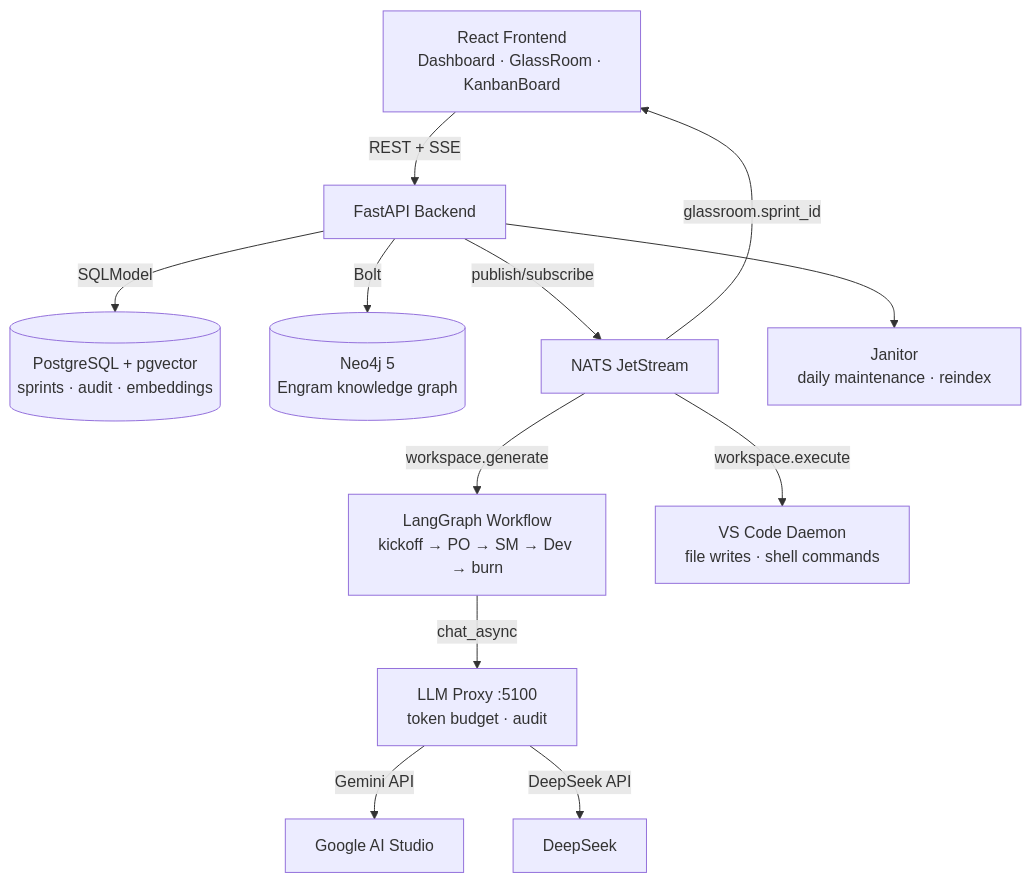
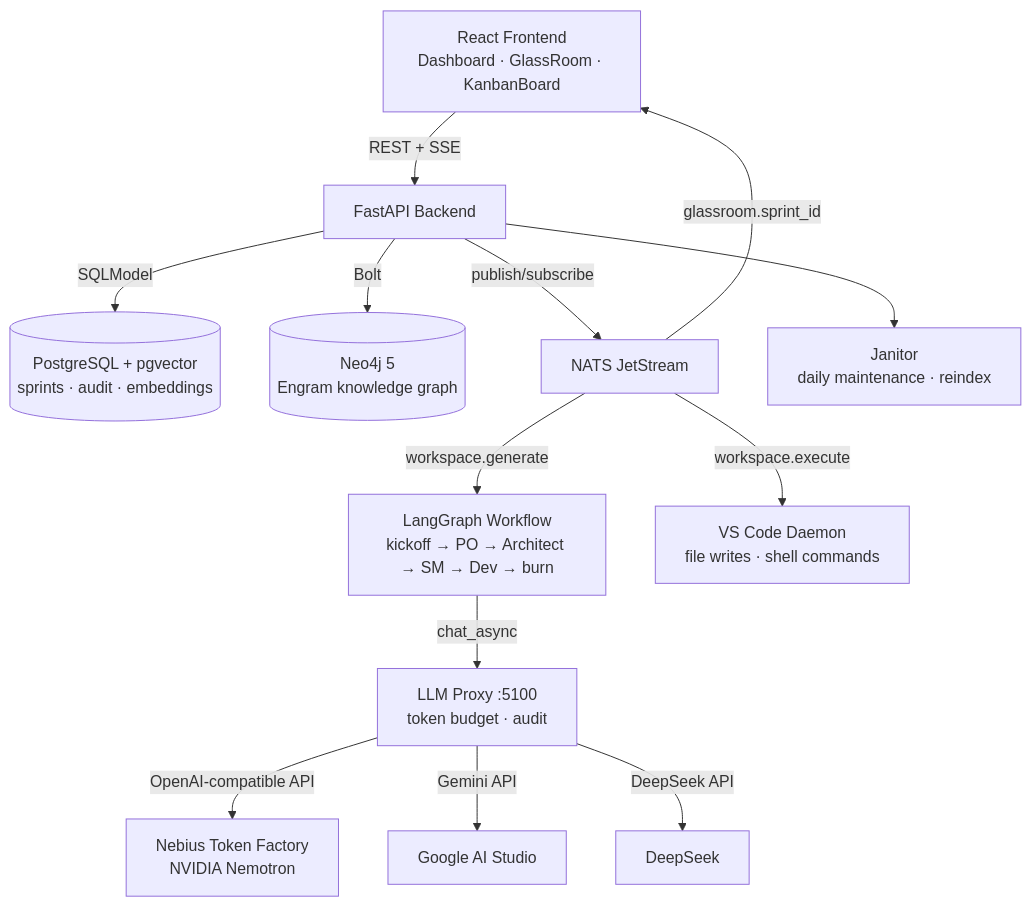
The first of 3 diagrams in la-fabrique/README.md (careb36/la-fabrique), drawn with Mermaid before and after one commit. The commit also changed other lines of this file and 32 other files, not shown here.

````diff
--- a/la-fabrique/README.md
+++ b/la-fabrique/README.md
@@ -129,18 +128,19 @@
 ```mermaid
 graph TD
     A[React Frontend<br/>Dashboard · GlassRoom · KanbanBoard] -->|REST + SSE| B[FastAPI Backend]
 
     B -->|SQLModel| C[(PostgreSQL + pgvector<br/>sprints · audit · embeddings)]
     B -->|Bolt| D[(Neo4j 5<br/>Engram knowledge graph)]
     B -->|publish/subscribe| E[NATS JetStream]
 
-    E -->|workspace.generate| F[LangGraph Workflow<br/>kickoff → PO → SM → Dev → burn]
+    E -->|workspace.generate| F[LangGraph Workflow<br/>kickoff → PO → Architect → SM → Dev → burn]
     E -->|glassroom.sprint_id| A
     E -->|workspace.execute| G[VS Code Daemon<br/>file writes · shell commands]
 
     F -->|chat_async| H[LLM Proxy :5100<br/>token budget · audit]
+    H -->|OpenAI-compatible API| N[Nebius Token Factory<br/>NVIDIA Nemotron]
     H -->|Gemini API| I[Google AI Studio]
     H -->|DeepSeek API| J[DeepSeek]
 
     B --> K[Janitor<br/>daily maintenance · reindex]
 ```
````
